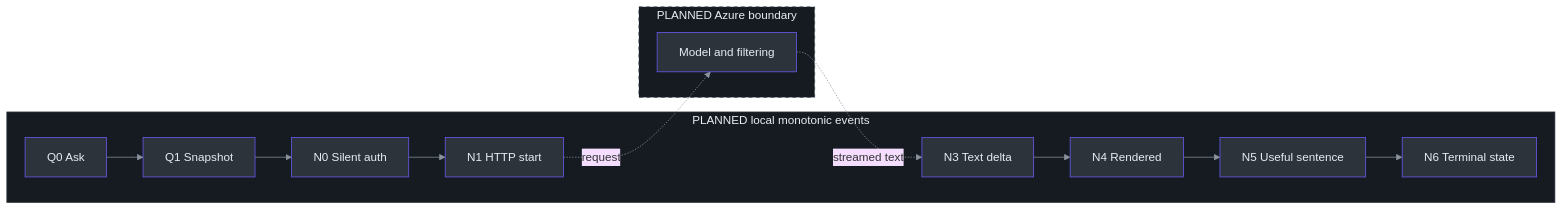
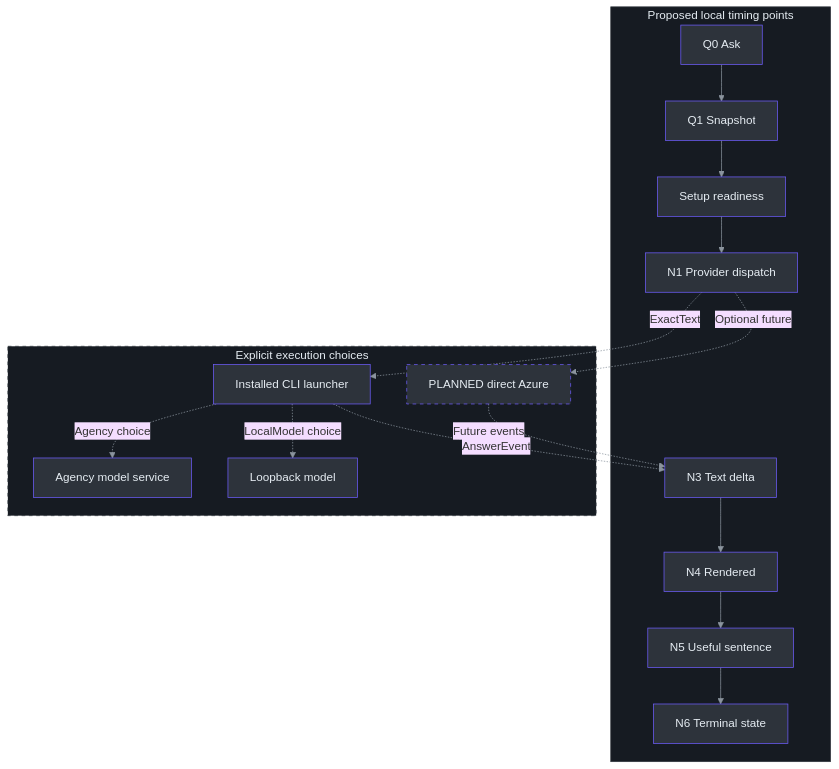
Before and after one commit to Zanark/phantom-fudge: the first of 2 diagrams in docs/handbook/14-answer-latency-identity-and-privacy.md, drawn with Mermaid. The commit also changed other lines of this file and 116 other files, not shown here.

Commit message:
making interaction with local LLM models possible via Agency

````diff
--- a/docs/handbook/14-answer-latency-identity-and-privacy.md
+++ b/docs/handbook/14-answer-latency-identity-and-privacy.md
@@ -21,37 +25,47 @@
 ```mermaid
 ---
 config:
   theme: base
   themeVariables:
     lineColor: "#8b949e"
     textColor: "#e6edf3"
 ---
-flowchart LR
-    accTitle: PLANNED user-visible answer timing
-    accDescr: Ask, snapshot, authentication, HTTP, text arrival, and actual rendering are distinct measured stages.
-    subgraph Client["PLANNED local monotonic events"]
+flowchart TB
+    accTitle: Proposed timing around installed Agency prompting and PLANNED Azure
+    accDescr: Ask, snapshot, setup readiness, launcher dispatch, text and rendering are separate observation points. The successful Agency smoke records process elapsed time only, not these proposed GUI timing stages or a model benchmark.
+    subgraph Client["Proposed local timing points"]
         Q0["Q0 Ask"] --> Q1["Q1 Snapshot"]
-        Q1 --> N0["N0 Silent auth"]
-        N0 --> N1["N1 HTTP start"]
+        Q1 --> N0["Setup readiness"]
+        N0 --> N1["N1 Provider dispatch"]
         N3["N3 Text delta"] --> N4["N4 Rendered"]
         N4 --> N5["N5 Useful sentence"]
         N5 --> N6["N6 Terminal state"]
     end
-    subgraph Remote["PLANNED Azure boundary"]
-        Model["Model and filtering"]
+    subgraph Remote["Explicit execution choices"]
+        CLI["Installed CLI launcher"]
+        Cloud["Agency model service"]
+        LocalModel["Loopback model"]
+        Azure["PLANNED direct Azure"]
     end
-    N1 -. request .-> Model
-    Model -. streamed text .-> N3
+    N1 -. ExactText .-> CLI
+    CLI -. Agency choice .-> Cloud
+    CLI -. LocalModel choice .-> LocalModel
+    CLI -. AnswerEvent .-> N3
+    N1 -. Optional future .-> Azure
+    Azure -. Future events .-> N3
     style Q0 fill:#2d333b,stroke:#6d5dfc,color:#e6edf3
     style Q1 fill:#2d333b,stroke:#6d5dfc,color:#e6edf3
     style N0 fill:#2d333b,stroke:#6d5dfc,color:#e6edf3
     style N1 fill:#2d333b,stroke:#6d5dfc,color:#e6edf3
     style N3 fill:#2d333b,stroke:#6d5dfc,color:#e6edf3
     style N4 fill:#2d333b,stroke:#6d5dfc,color:#e6edf3
     style N5 fill:#2d333b,stroke:#6d5dfc,color:#e6edf3
     style N6 fill:#2d333b,stroke:#6d5dfc,color:#e6edf3
-    style Model fill:#2d333b,stroke:#6d5dfc,color:#e6edf3
+    style CLI fill:#2d333b,stroke:#6d5dfc,color:#e6edf3
+    style Cloud fill:#2d333b,stroke:#6d5dfc,color:#e6edf3
+    style LocalModel fill:#2d333b,stroke:#6d5dfc,color:#e6edf3
+    style Azure fill:#2d333b,stroke:#6d5dfc,color:#e6edf3,stroke-dasharray:5 5
     style Client fill:#161b22,stroke:#30363d,color:#e6edf3
     style Remote fill:#161b22,stroke:#30363d,color:#e6edf3,stroke-dasharray:5 5
     linkStyle default stroke:#8b949e
 ```
````
